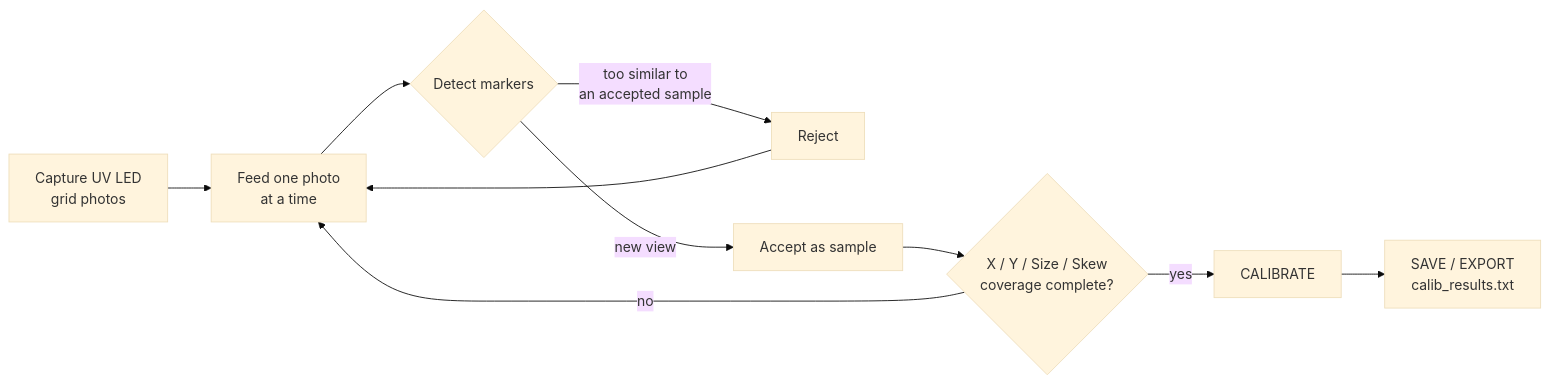
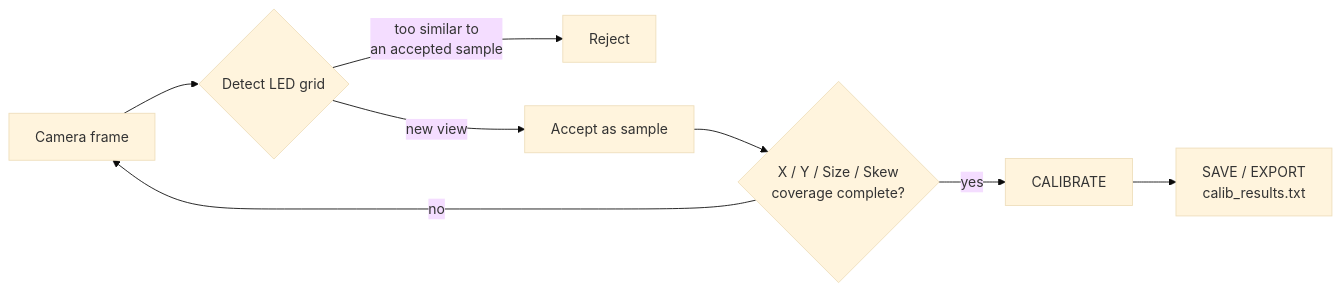
The diagram in README.md (fly4future/uvdar_calibrator), drawn with Mermaid (base theme) before and after one commit. The commit also changed other lines of this file and 6 other files, not shown here.

````diff
--- a/README.md
+++ b/README.md
@@ -20,12 +85,10 @@
 ```mermaid
 flowchart LR
-    A["Capture UV LED<br/>grid photos"] --> B["Feed one photo<br/>at a time"]
-    B --> C{"Detect markers"}
+    A["Camera frame"] --> C{"Detect LED grid"}
     C -->|"too similar to<br/>an accepted sample"| D["Reject"]
-    D --> B
     C -->|"new view"| E["Accept as sample"]
     E --> F{"X / Y / Size / Skew<br/>coverage complete?"}
-    F -->|"no"| B
+    F -->|"no"| A
     F -->|"yes"| G["CALIBRATE"]
     G --> H["SAVE / EXPORT<br/>calib_results.txt"]
 ```
````
